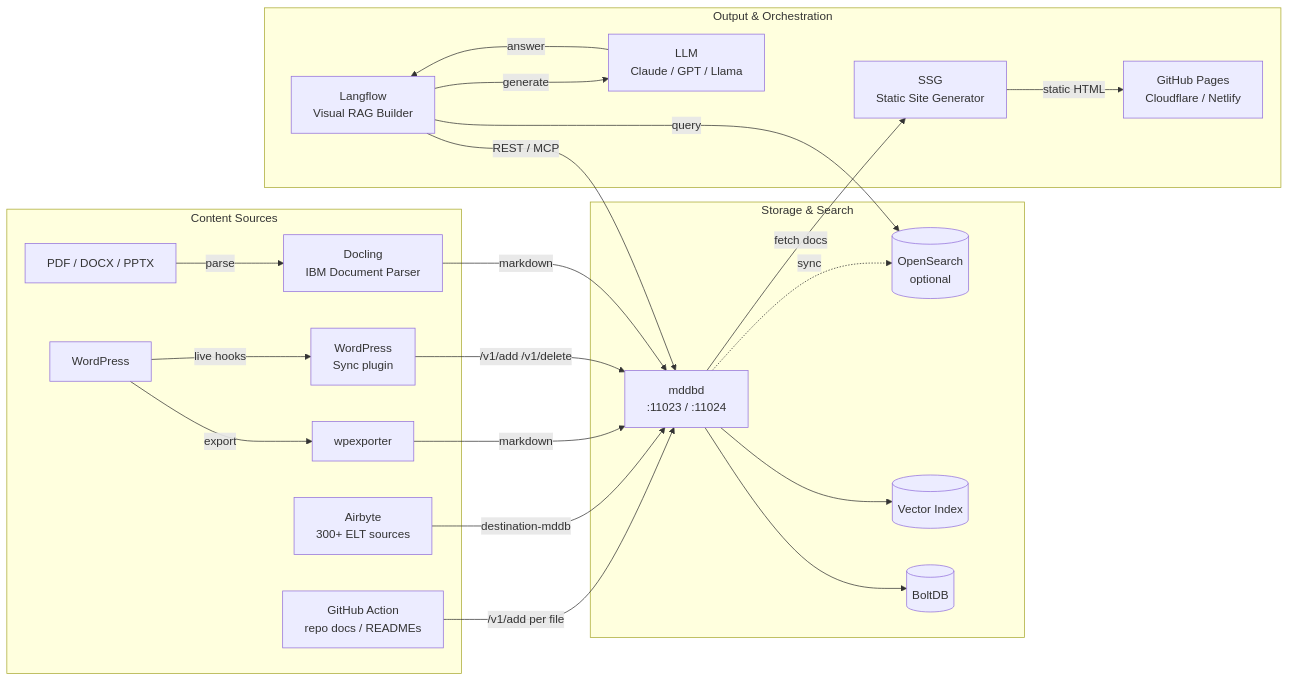
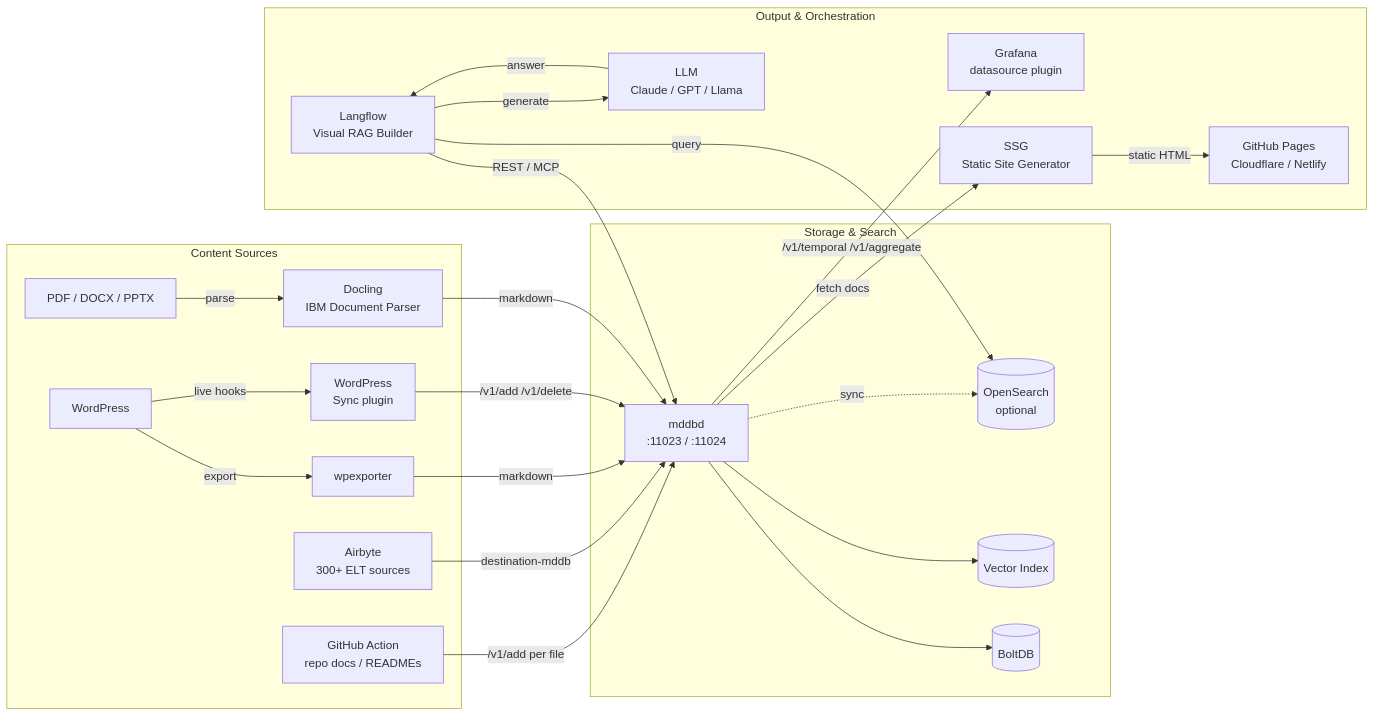
Before and after one commit to Rajendertyagi/Mddb: the first of 8 diagrams in docs/INTEGRATIONS.md, drawn with Mermaid. The commit also changed other lines of this file and 1 other file, not shown here.

First line of the commit message:
fix(docs): mermaid v11 syntax — quote subgraph ids explicitly

````diff
--- a/docs/INTEGRATIONS.md
+++ b/docs/INTEGRATIONS.md
@@ -14,45 +14,47 @@
 ```mermaid
 graph LR
     subgraph Content Sources
         PDF[PDF / DOCX / PPTX]
         DOCLING[Docling<br>IBM Document Parser]
         WP[WordPress]
         WPEXP[wpexporter]
         WPSYNC[WordPress<br>Sync plugin]
         AB[Airbyte<br>300+ ELT sources]
         GHA[GitHub Action<br>repo docs / READMEs]
     end
 
     subgraph Storage & Search
         MDDB[mddbd<br>:11023 / :11024]
         BOLT[(BoltDB)]
         VEC[(Vector Index)]
         OS[(OpenSearch<br>optional)]
     end
 
     subgraph Output & Orchestration
         SSG[SSG<br>Static Site Generator]
         LF[Langflow<br>Visual RAG Builder]
         LLM[LLM<br>Claude / GPT / Llama]
         DEPLOY[GitHub Pages<br>Cloudflare / Netlify]
+        GRAFANA[Grafana<br>datasource plugin]
     end
 
     PDF -->|parse| DOCLING
     DOCLING -->|markdown| MDDB
     WP -->|export| WPEXP
     WPEXP -->|markdown| MDDB
     WP -->|live hooks| WPSYNC
     WPSYNC -->|/v1/add /v1/delete| MDDB
     AB -->|destination-mddb| MDDB
     GHA -->|/v1/add per file| MDDB
     MDDB --> BOLT
     MDDB --> VEC
     MDDB -.->|sync| OS
 
     MDDB -->|fetch docs| SSG
     SSG -->|static HTML| DEPLOY
     LF -->|REST / MCP| MDDB
     LF -->|query| OS
     LF -->|generate| LLM
     LLM -->|answer| LF
+    MDDB -->|/v1/temporal /v1/aggregate| GRAFANA
 ```
````
